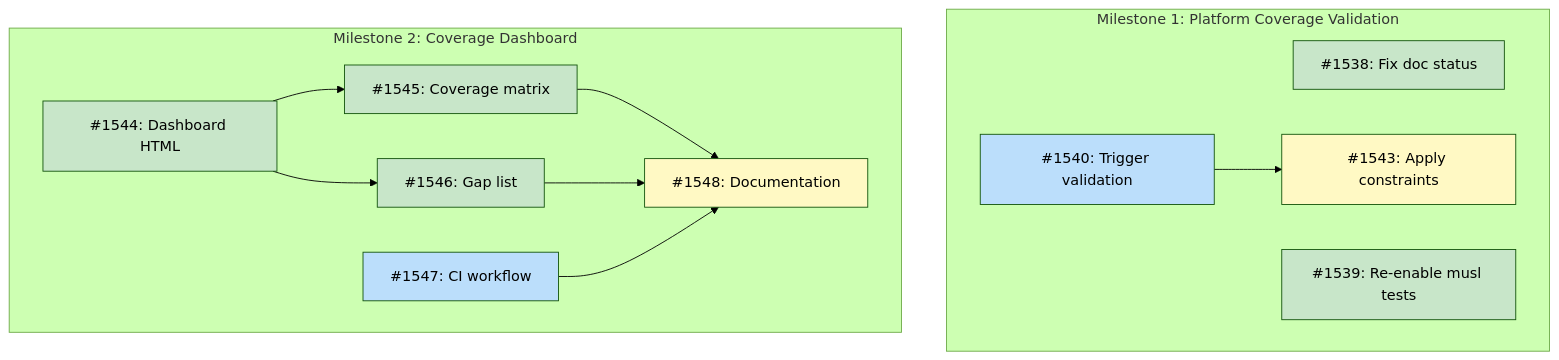
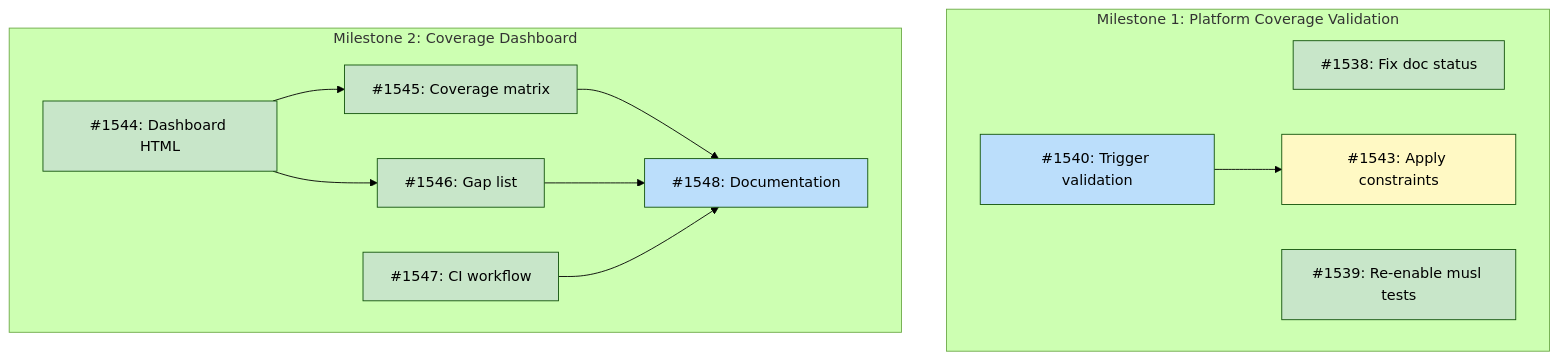
The diagram in docs/designs/DESIGN-recipe-coverage-system.md (tsukumogami/tsuku), drawn with Mermaid (forest theme) before and after one commit. The commit also changed other lines of this file, not shown here.

````diff
--- a/docs/designs/DESIGN-recipe-coverage-system.md
+++ b/docs/designs/DESIGN-recipe-coverage-system.md
@@ -51,33 +51,34 @@
 ```mermaid
 graph TD
     subgraph M1["Milestone 1: Platform Coverage Validation"]
         I1538["#1538: Fix doc status"]
         I1539["#1539: Re-enable musl tests"]
         I1540["#1540: Trigger validation"]
         I1543["#1543: Apply constraints"]
     end
 
     subgraph M2["Milestone 2: Coverage Dashboard"]
         I1544["#1544: Dashboard HTML"]
         I1545["#1545: Coverage matrix"]
         I1546["#1546: Gap list"]
         I1547["#1547: CI workflow"]
         I1548["#1548: Documentation"]
     end
 
     I1540 --> I1543
     I1544 --> I1545
     I1544 --> I1546
     I1545 --> I1548
     I1546 --> I1548
     I1547 --> I1548
 
     classDef done fill:#c8e6c9
     classDef ready fill:#bbdefb
     classDef blocked fill:#fff9c4
     classDef needsDesign fill:#e1bee7
 
-    class I1538,I1539,I1544,I1545,I1546 done
-    class I1540,I1547 ready
-    class I1543,I1548 blocked
+    class I1538,I1539,I1544,I1545,I1546,I1547 done
+    class I1540 ready
+    class I1543 blocked
+    class I1548 ready
 ```
````
